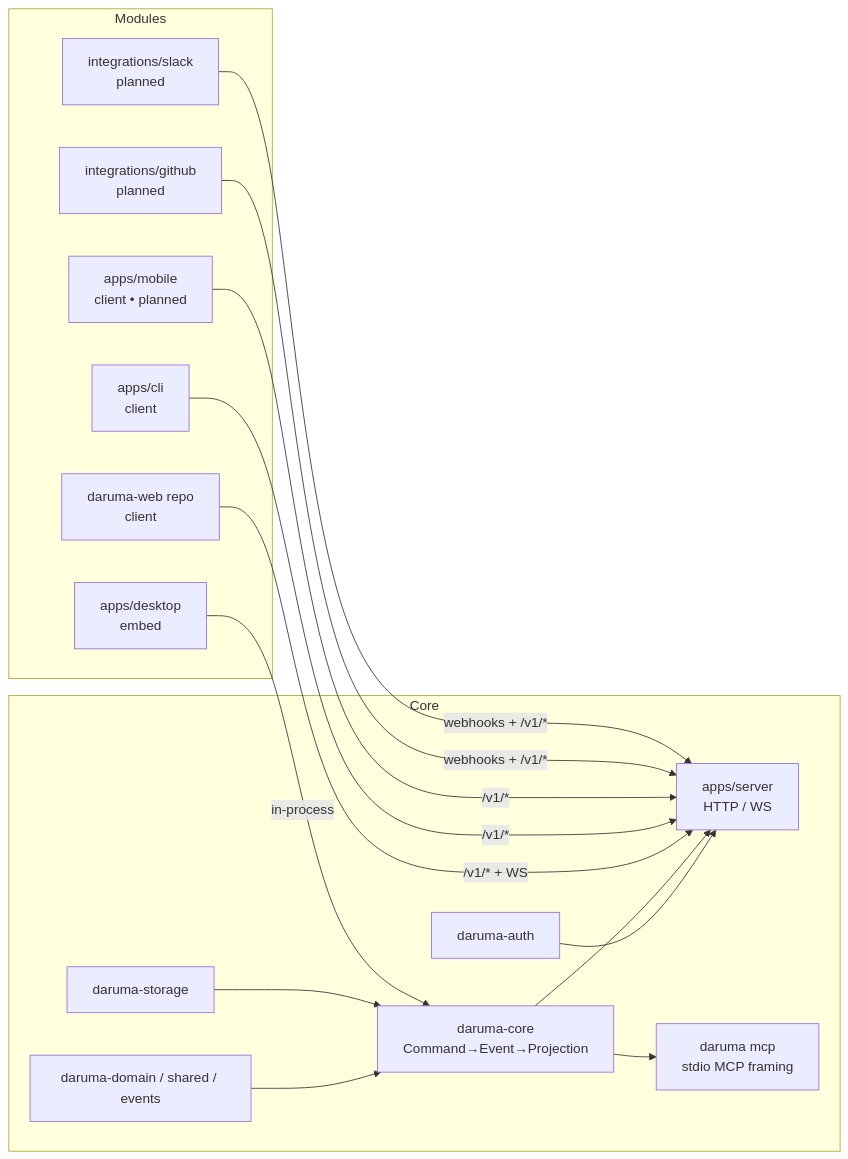
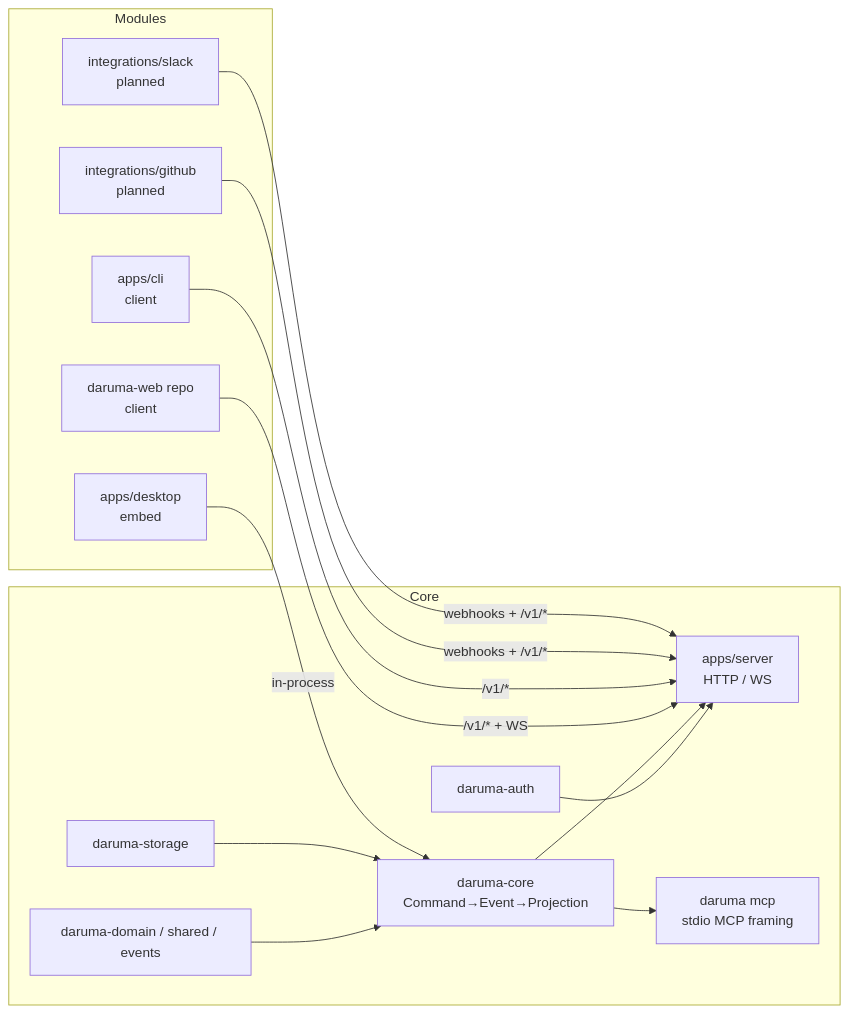
Before and after one commit to tupical/daruma: the diagram in docs/ARCHITECTURE.md, drawn with Mermaid. The commit also changed other lines of this file and 6 other files, not shown here.

Commit message:
refactor(server): drop apps/mobile + doc surface, chrono Sunset header

````diff
--- a/docs/ARCHITECTURE.md
+++ b/docs/ARCHITECTURE.md
@@ -109,30 +109,28 @@
 ```mermaid
 flowchart LR
   subgraph Core
     domain[daruma-domain / shared / events]
     storage[daruma-storage]
     coreL[daruma-core<br/>Command→Event→Projection]
     auth[daruma-auth]
     server[apps/server<br/>HTTP / WS]
     mcp[daruma mcp<br/>stdio MCP framing]
     domain --> coreL
     storage --> coreL
     auth --> server
     coreL --> server
     coreL --> mcp
   end
   subgraph Modules
     web[daruma-web repo<br/>client]
     cli[apps/cli<br/>client]
-    mobile[apps/mobile<br/>client • planned]
     desktop[apps/desktop<br/>embed]
     gh[integrations/github<br/>planned]
     slack[integrations/slack<br/>planned]
   end
   web -- /v1/* + WS --> server
   cli -- /v1/* --> server
-  mobile -- /v1/* --> server
   desktop -- in-process --> coreL
   gh -- webhooks + /v1/* --> server
   slack -- webhooks + /v1/* --> server
 ```
````
